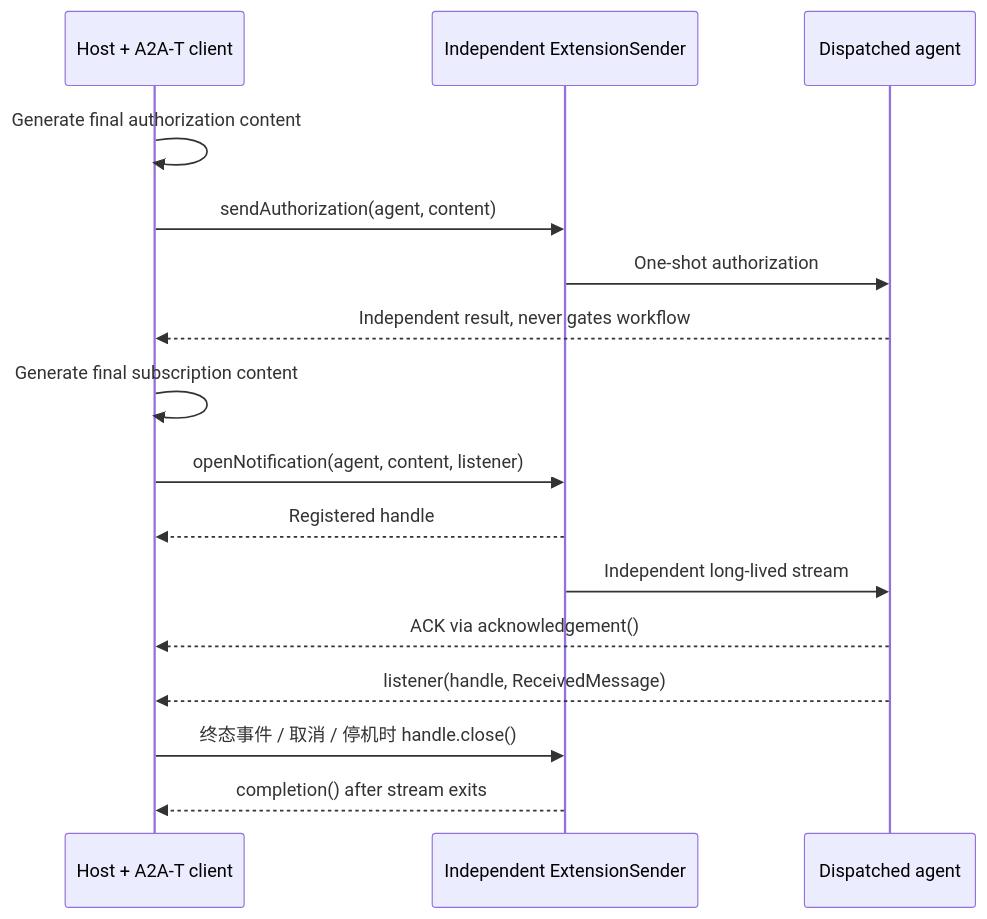
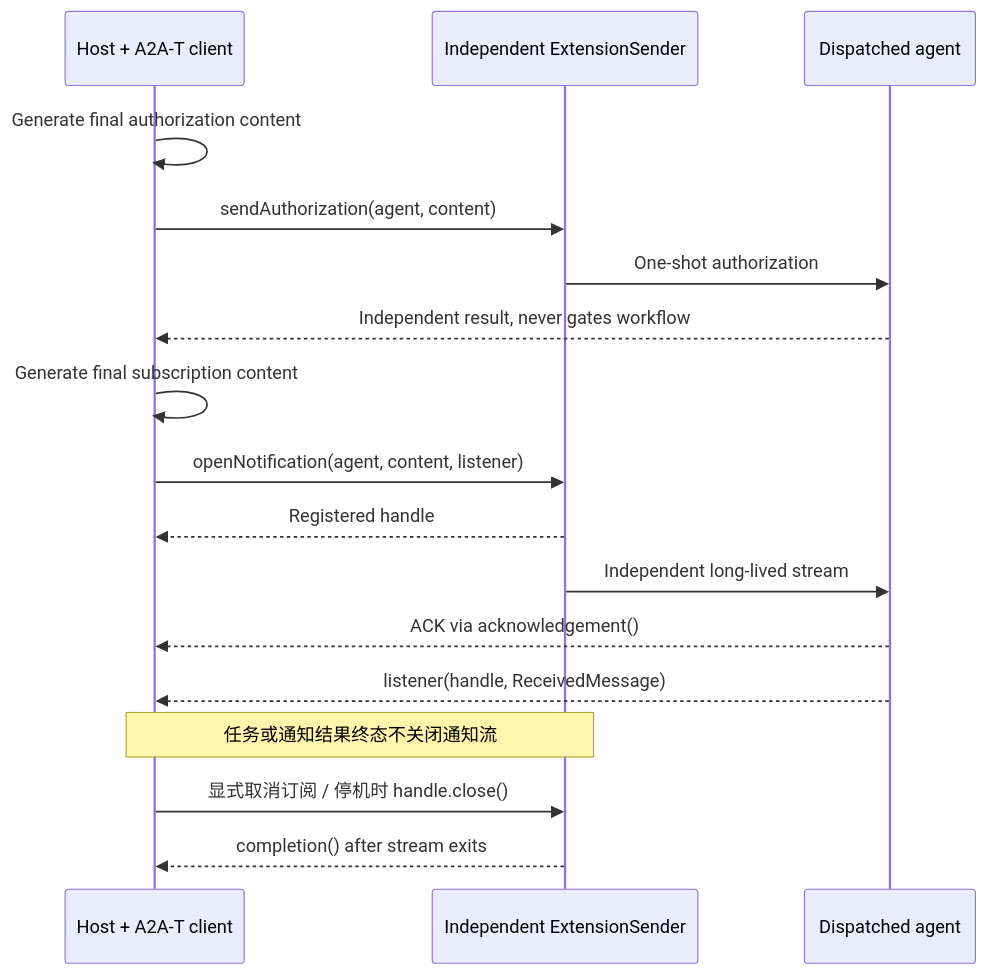
One commit to Zhoujie628/workflow-engine-sdk-java changed the fifth of 5 diagrams in docs/zh/DESIGN.md. Above: the diagram before and after it, drawn with Mermaid. The commit also changed other lines of this file and 14 other files, not shown here.

````diff
--- a/docs/zh/DESIGN.md
+++ b/docs/zh/DESIGN.md
@@ -312,18 +312,19 @@
 ```mermaid
 sequenceDiagram
     participant H as Host + A2A-T client
     participant ES as Independent ExtensionSender
     participant A as Dispatched agent
     H->>H: Generate final authorization content
     H->>ES: sendAuthorization(agent, content)
     ES->>A: One-shot authorization
     A-->>H: Independent result, never gates workflow
     H->>H: Generate final subscription content
     H->>ES: openNotification(agent, content, listener)
     ES-->>H: Registered handle
     ES->>A: Independent long-lived stream
     A-->>H: ACK via acknowledgement()
     A-->>H: listener(handle, ReceivedMessage)
-    H->>ES: 终态事件 / 取消 / 停机时 handle.close()
+    Note over H,ES: 任务或通知结果终态不关闭通知流
+    H->>ES: 显式取消订阅 / 停机时 handle.close()
     ES-->>H: completion() after stream exits
 ```
````
